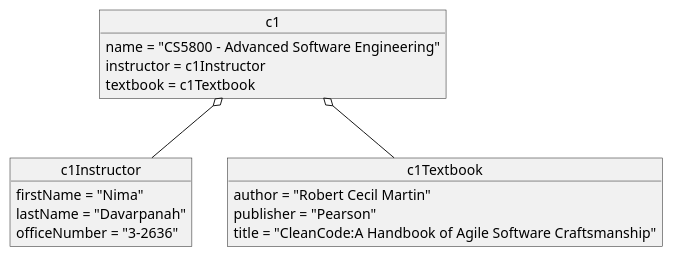
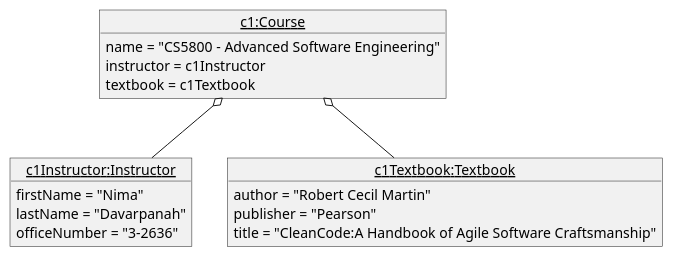
The diagram in src/AggObjs.puml (sabrinafair/5800-HW5), drawn with PlantUML before and after one commit. The commit also changed 2 other files, not shown here.

```diff
--- a/src/AggObjs.puml
+++ b/src/AggObjs.puml
@@ -1,22 +1,26 @@
 @startuml
 'https://plantuml.com/object-diagram
-object c1
-object c1Instructor
-object c1Textbook
+
+object "<u>c1:Course</u>" as c1{
+}
+object "<u>c1Instructor:Instructor</u>" as c1Instructor{
+}
+object "<u>c1Textbook:Textbook</u>" as c1Textbook{
+}
 
 c1 o-- c1Instructor
 c1 o-- c1Textbook
 
 c1Instructor : firstName = "Nima"
 c1Instructor : lastName = "Davarpanah"
 c1Instructor : officeNumber = "3-2636"
 
 c1Textbook : author = "Robert Cecil Martin"
 c1Textbook : publisher = "Pearson"
 c1Textbook : title = "CleanCode:A Handbook of Agile Software Craftsmanship"
 
 c1 : name = "CS5800 - Advanced Software Engineering"
 c1 : instructor = c1Instructor
 c1 : textbook = c1Textbook
 
 @enduml
```
